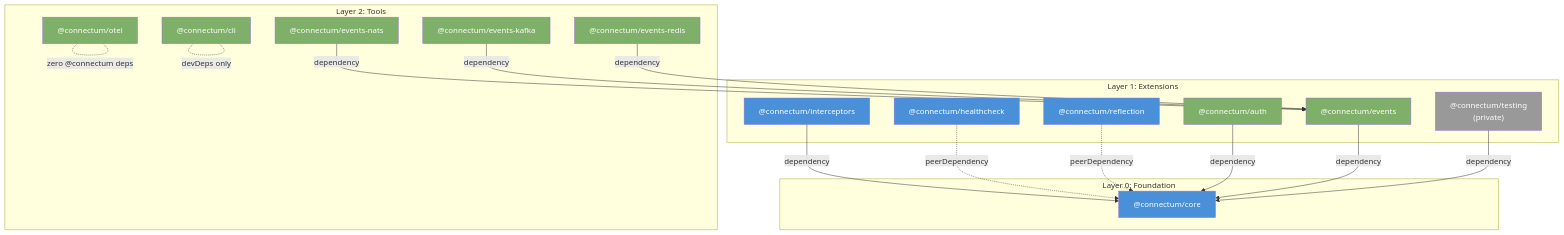
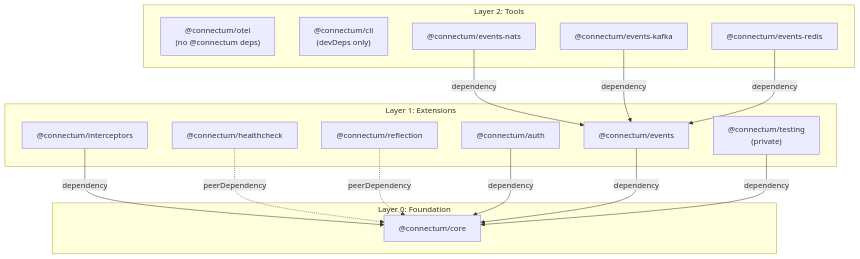
One commit to Connectum-Framework/docs changed the first of 2 diagrams in en/contributing/adr/025-package-versioning-strategy.md. Above: the diagram before and after it, drawn with Mermaid. The commit also changed other lines of this file and 10 other files, not shown here.

First line of the commit message:
feat: unify Mermaid diagram theme (#80)

````diff
--- a/en/contributing/adr/025-package-versioning-strategy.md
+++ b/en/contributing/adr/025-package-versioning-strategy.md
@@ -29,50 +29,37 @@
 ```mermaid
 graph TB
     subgraph "Layer 0: Foundation"
         Core["@connectum/core"]
     end
 
     subgraph "Layer 1: Extensions"
         Interceptors["@connectum/interceptors"]
         Healthcheck["@connectum/healthcheck"]
         Reflection["@connectum/reflection"]
         Auth["@connectum/auth"]
         Events["@connectum/events"]
         Testing["@connectum/testing<br/>(private)"]
     end
 
     subgraph "Layer 2: Tools"
-        Otel["@connectum/otel"]
-        CLI["@connectum/cli"]
+        Otel["@connectum/otel<br/>(no @connectum deps)"]
+        CLI["@connectum/cli<br/>(devDeps only)"]
         EventsNats["@connectum/events-nats"]
         EventsKafka["@connectum/events-kafka"]
         EventsRedis["@connectum/events-redis"]
     end
 
     Interceptors -- "dependency" --> Core
     Healthcheck -. "peerDependency" .-> Core
     Reflection -. "peerDependency" .-> Core
     Auth -- "dependency" --> Core
     Events -- "dependency" --> Core
     Testing -- "dependency" --> Core
 
     EventsNats -- "dependency" --> Events
     EventsKafka -- "dependency" --> Events
     EventsRedis -- "dependency" --> Events
 
-    Otel -.- |"zero @connectum deps"| Otel
-    CLI -.- |"devDeps only"| CLI
-
-    style Core fill:#4a90d9,color:#fff
-    style Interceptors fill:#4a90d9,color:#fff
-    style Healthcheck fill:#4a90d9,color:#fff
-    style Reflection fill:#4a90d9,color:#fff
-    style Auth fill:#7fb069,color:#fff
-    style Events fill:#7fb069,color:#fff
-    style Otel fill:#7fb069,color:#fff
-    style CLI fill:#7fb069,color:#fff
-    style EventsNats fill:#7fb069,color:#fff
-    style EventsKafka fill:#7fb069,color:#fff
-    style EventsRedis fill:#7fb069,color:#fff
-    style Testing fill:#999,color:#fff
+    class Core accent
+    class Testing muted
 ```
````
